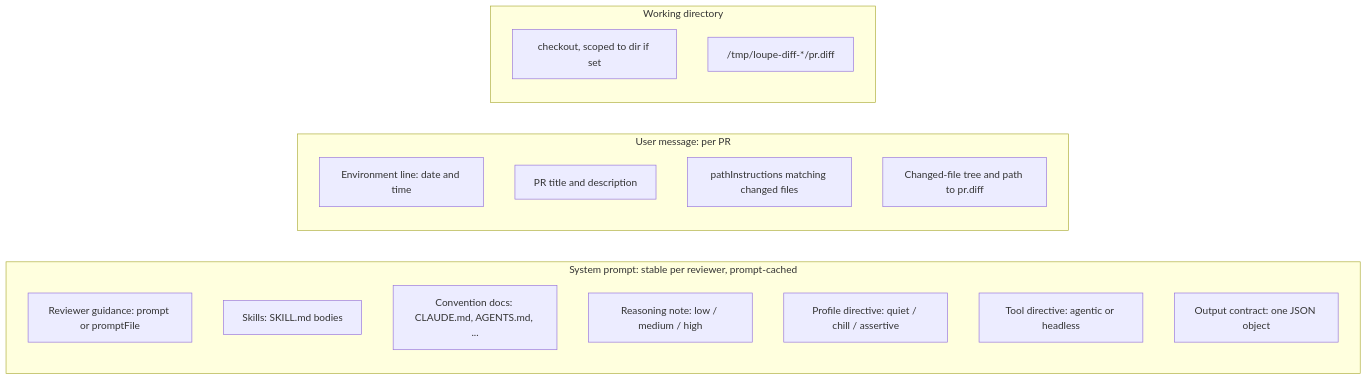
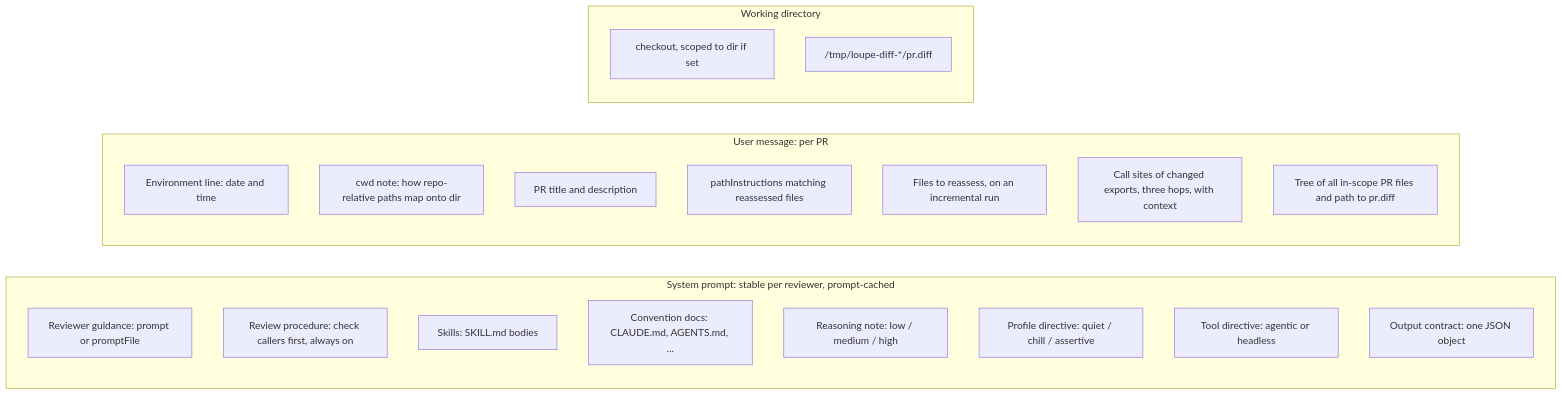
Before and after one commit to context-labs/loupe: the diagram in docs/how-it-works/context.md, drawn with Mermaid. The commit also changed other lines of this file and 31 other files, not shown here.

First line of the commit message:
feat: reasoning flag, resolve-not-delete, full-diff context, visible degradation (INF-5290..5295) (#22)

````diff
--- a/docs/how-it-works/context.md
+++ b/docs/how-it-works/context.md
@@ -8,24 +8,28 @@
 ```mermaid
 flowchart LR
     subgraph SYS["System prompt: stable per reviewer, prompt-cached"]
         direction TB
         G[Reviewer guidance: prompt or promptFile]
+        PR[Review procedure: check callers first, always on]
         SK[Skills: SKILL.md bodies]
         CV[Convention docs: CLAUDE.md, AGENTS.md, ...]
         RN[Reasoning note: low / medium / high]
         PD[Profile directive: quiet / chill / assertive]
         AD[Tool directive: agentic or headless]
         OC[Output contract: one JSON object]
     end
     subgraph USR["User message: per PR"]
         direction TB
         ENV[Environment line: date and time]
+        CW[cwd note: how repo-relative paths map onto dir]
         TI[PR title and description]
-        PI[pathInstructions matching changed files]
-        TR[Changed-file tree and path to pr.diff]
+        PI[pathInstructions matching reassessed files]
+        FO[Files to reassess, on an incremental run]
+        CS[Call sites of changed exports, three hops, with context]
+        TR[Tree of all in-scope PR files and path to pr.diff]
     end
     subgraph CWD["Working directory"]
         CO[checkout, scoped to dir if set]
         DF["/tmp/loupe-diff-*/pr.diff"]
     end
 ```
````
